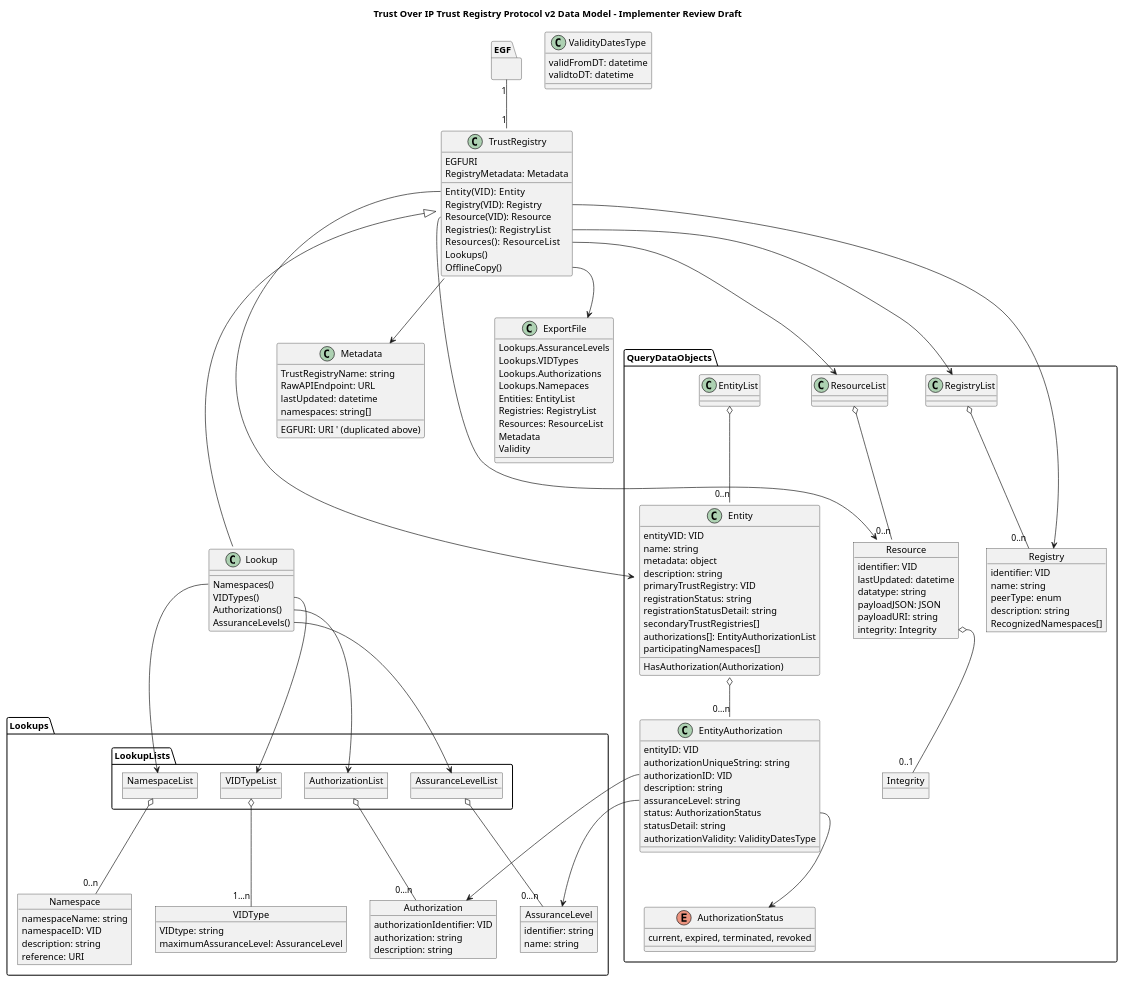
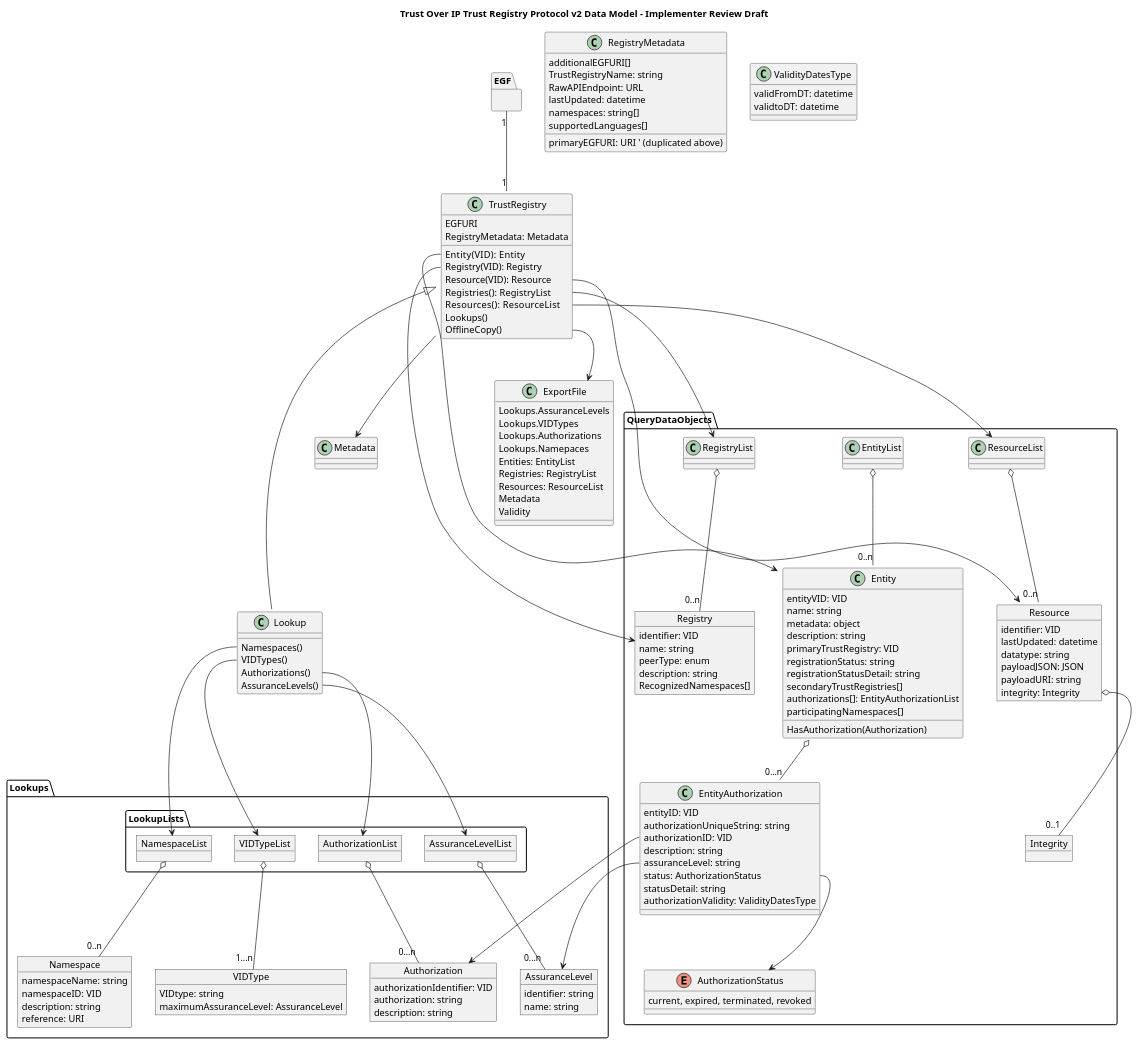
Before and after one commit to trustoverip/tswg-trust-registry-protocol: the diagram in diagrams/highlevel.plantuml, drawn with PlantUML. The commit also changed 11 other files, not shown here.

```diff
--- a/diagrams/highlevel.plantuml
+++ b/diagrams/highlevel.plantuml
@@ -45,13 +45,15 @@
      
 }
 
-class Metadata {
-    EGFURI: URI ' (duplicated above)
+class RegistryMetadata {
+    primaryEGFURI: URI ' (duplicated above)
+    additionalEGFURI[]
     TrustRegistryName: string
     RawAPIEndpoint: URL 
     ' AuthorityClaim: string 
     lastUpdated: datetime 
     namespaces: string[]
+    supportedLanguages[]
     
 
     ' Languages() 
```
